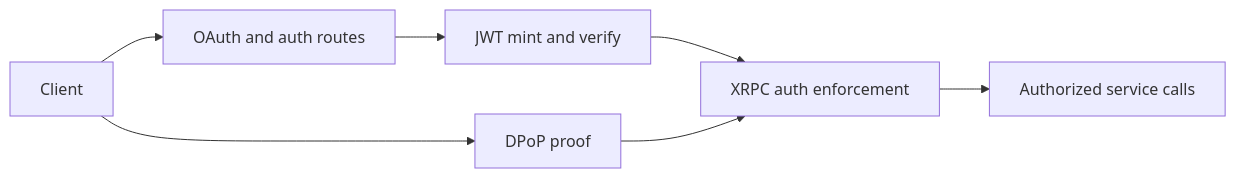
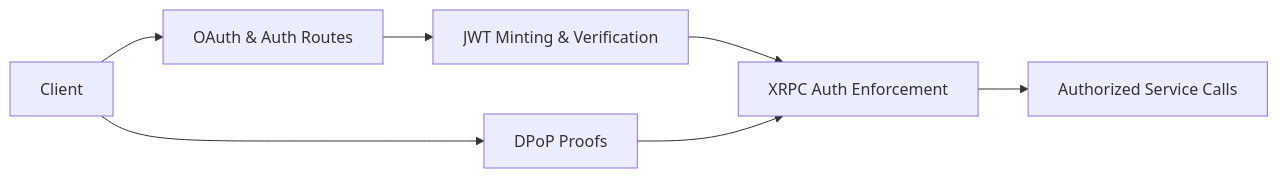
The diagram in docs/10-tutorials/tutorial-4-auth.md (jvalinsky/garazyk), drawn with Mermaid before and after one commit. The commit also changed other lines of this file and 117 other files, not shown here.

````diff
--- a/docs/10-tutorials/tutorial-4-auth.md
+++ b/docs/10-tutorials/tutorial-4-auth.md
@@ -47,9 +17,9 @@
 ```mermaid
 flowchart LR
-  Client["Client"] --> OAuth["OAuth and auth routes"]
-  OAuth --> Jwt["JWT mint and verify"]
-  Client --> DPoP["DPoP proof"]
-  Jwt --> Xrpc["XRPC auth enforcement"]
+  Client["Client"] --> OAuth["OAuth & Auth Routes"]
+  OAuth --> Jwt["JWT Minting & Verification"]
+  Client --> DPoP["DPoP Proofs"]
+  Jwt --> Xrpc["XRPC Auth Enforcement"]
   DPoP --> Xrpc
-  Xrpc --> Services["Authorized service calls"]
+  Xrpc --> Services["Authorized Service Calls"]
 ```
````
